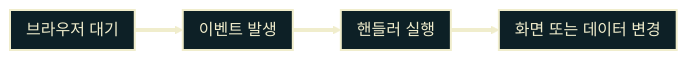
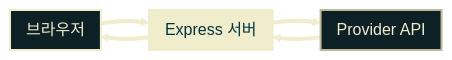
One commit to qus0in/slide-maker changed the diagram in slides.md. Above: the diagram before and after it, drawn with Mermaid. The commit also changed other lines of this file, not shown here.

Commit message:
feat(slides) : Express API 중계 및 Render 배포 슬라이드 추가

````diff
--- a/slides.md
+++ b/slides.md
@@ -92,21 +313,26 @@
 ```mermaid
 ---
 config:
   themeVariables:
     lineColor: "#F0EDCC"
     arrowheadColor: "#F0EDCC"
     edgeLabelBackground: "#02343F"
   flowchart:
     padding: 8
     nodeSpacing: 52
     rankSpacing: 48
 ---
 flowchart LR
-  Wait["브라우저 대기"] --> Event["이벤트 발생"]
-  Event --> Handler["핸들러 실행"]
-  Handler --> Update["화면 또는 데이터 변경"]
+  A["브라우저"] --> B["Express 서버"]
+  B --> C["Provider API"]
+  C --> B
+  B --> A
 
-  class Wait,Event,Handler,Update step
-  classDef step fill:#0d2026,stroke:#F0EDCC,color:#F0EDCC,stroke-width:2px
+  class A client
+  class B server
+  class C provider
+  classDef client fill:#0d2026,stroke:#F0EDCC,color:#F0EDCC,stroke-width:2px
+  classDef server fill:#F0EDCC,stroke:#F0EDCC,color:#02343F,stroke-width:2px
+  classDef provider fill:#0d2026,stroke:#BDBA9B,color:#F0EDCC,stroke-width:2px
   linkStyle default stroke:#F0EDCC,stroke-width:4px
 ```
````
